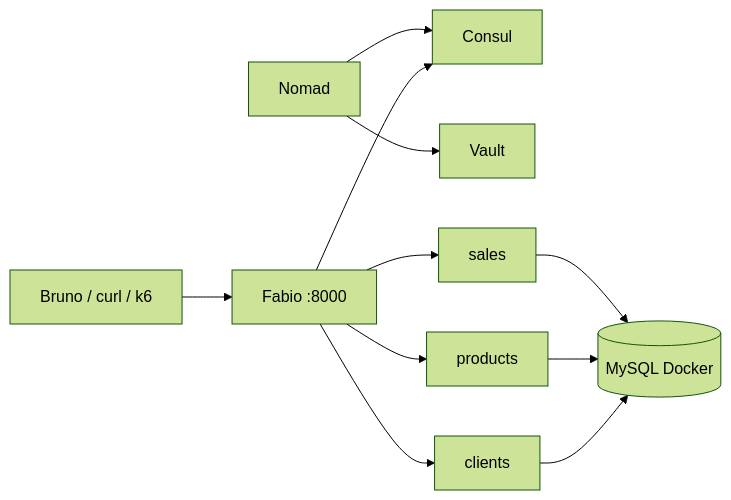
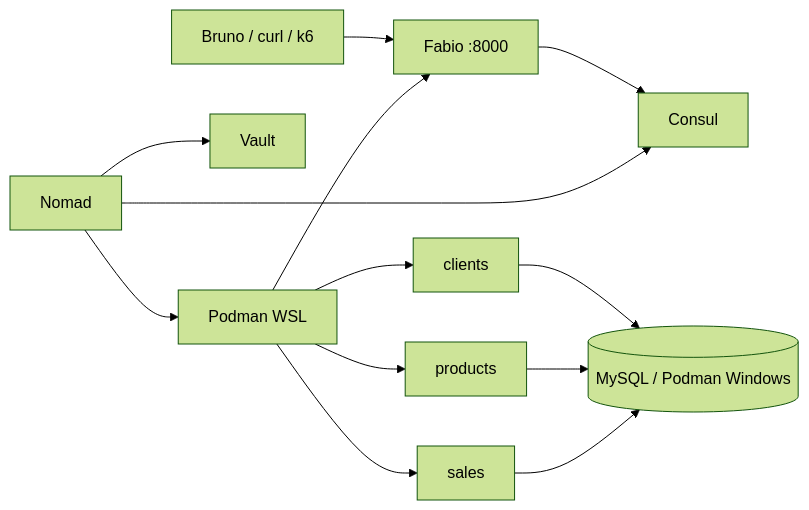
One commit to apuntesdejava/jakartaee-nomad-arch changed the third of 5 diagrams in README.md. Above: the diagram before and after it, drawn with Mermaid (forest theme). The commit also changed other lines of this file and 1 other file, not shown here.

Commit message:
feat: add local environment setup documentation for Podman and HashiCorp tools

````diff
--- a/README.md
+++ b/README.md
@@ -73,15 +94,19 @@
 ```mermaid
 flowchart LR
     U[Bruno / curl / k6] --> F[Fabio :8000]
+
     F --> C[Consul]
     N[Nomad] --> C
     N --> V[Vault]
 
-    F --> CL[clients]
-    F --> PR[products]
-    F --> SA[sales]
+    N --> P[Podman WSL]
 
-    CL --> DB[(MySQL Docker)]
+    P --> CL[clients]
+    P --> PR[products]
+    P --> SA[sales]
+    P --> F
+
+    CL --> DB[(MySQL / Podman Windows)]
     PR --> DB
     SA --> DB
 ```
````
